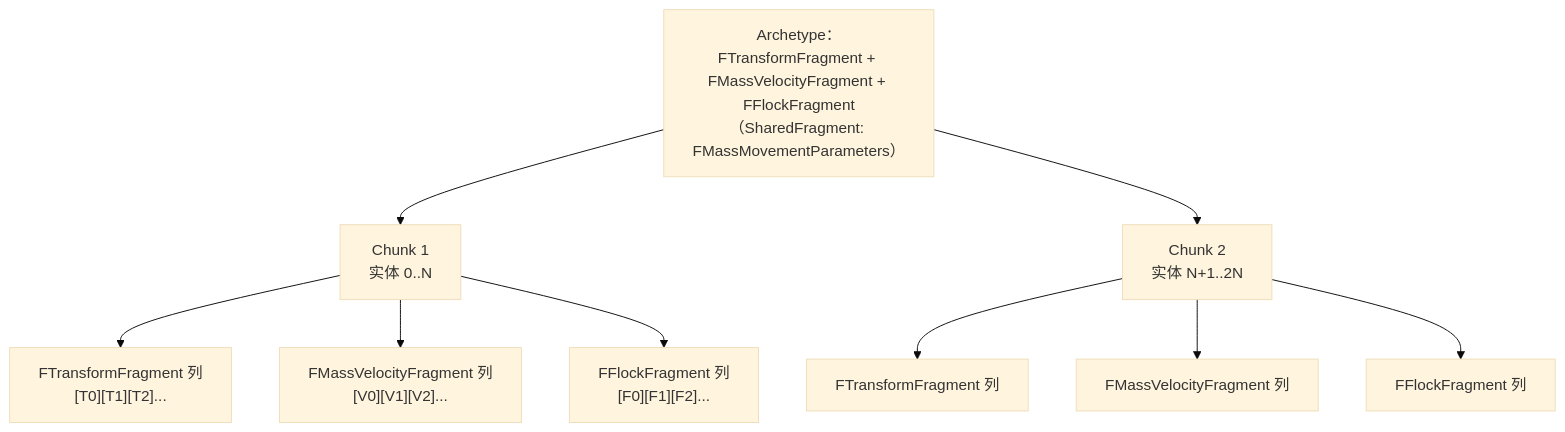
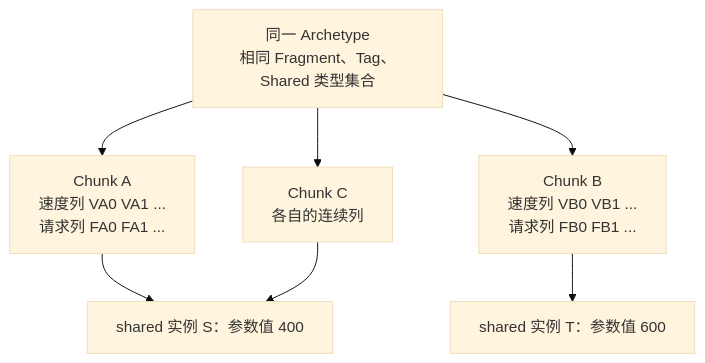
One commit to fantuan812/learning changed the second of 5 diagrams in 知识/06-游戏AI/导航移动与群体协同/04-Mass实体框架与群集模拟.md. Above: the diagram before and after it, drawn with Mermaid (base theme). The commit also changed other lines of this file and 1 other file, not shown here.

````diff
--- a/知识/06-游戏AI/导航移动与群体协同/04-Mass实体框架与群集模拟.md
+++ b/知识/06-游戏AI/导航移动与群体协同/04-Mass实体框架与群集模拟.md
@@ -166,12 +169,10 @@
 ```mermaid
 flowchart TD
-    Arch["Archetype：FTransformFragment + FMassVelocityFragment + FFlockFragment<br/>（SharedFragment: FMassMovementParameters）"]
-    Arch --> C1["Chunk 1<br/>实体 0..N"]
-    Arch --> C2["Chunk 2<br/>实体 N+1..2N"]
-    C1 --> T1["FTransformFragment 列<br/>[T0][T1][T2]..."]
-    C1 --> V1["FMassVelocityFragment 列<br/>[V0][V1][V2]..."]
-    C1 --> F1["FFlockFragment 列<br/>[F0][F1][F2]..."]
-    C2 --> T2["FTransformFragment 列"]
-    C2 --> V2["FMassVelocityFragment 列"]
-    C2 --> F2["FFlockFragment 列"]
+    A["同一 Archetype<br/>相同 Fragment、Tag、Shared 类型集合"]
+    A --> C1["Chunk A<br/>速度列 VA0 VA1 ...<br/>请求列 FA0 FA1 ..."]
+    A --> C2["Chunk B<br/>速度列 VB0 VB1 ...<br/>请求列 FB0 FB1 ..."]
+    A --> C3["Chunk C<br/>各自的连续列"]
+    C1 --> S1["shared 实例 S：参数值 400"]
+    C2 --> S2["shared 实例 T：参数值 600"]
+    C3 --> S1
 ```
````
